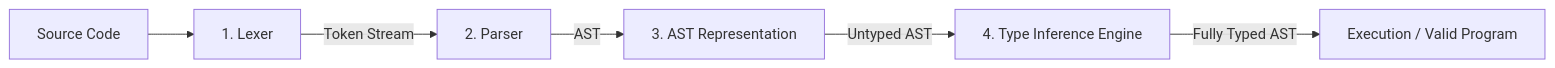
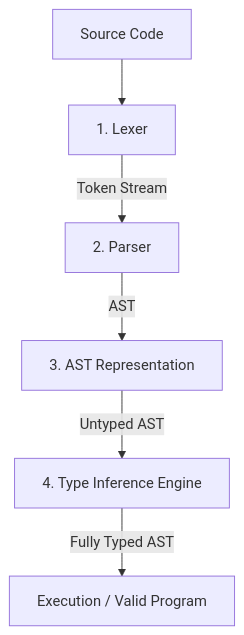
The diagram in README.md (SarthakMakhija/infer), drawn with Mermaid before and after one commit.

Commit message:
Sarthak | Updates README

````diff
--- a/README.md
+++ b/README.md
@@ -20,8 +20,8 @@
 ```mermaid
-graph LR
+graph TD
     Source[Source Code] --> Lexer[1. Lexer]
     Lexer -->|Token Stream| Parser[2. Parser]
     Parser -->|AST| AST[3. AST Representation]
     AST -->|Untyped AST| Inference[4. Type Inference Engine]
     Inference -->|Fully Typed AST| Output[Execution / Valid Program]
 ```
````
